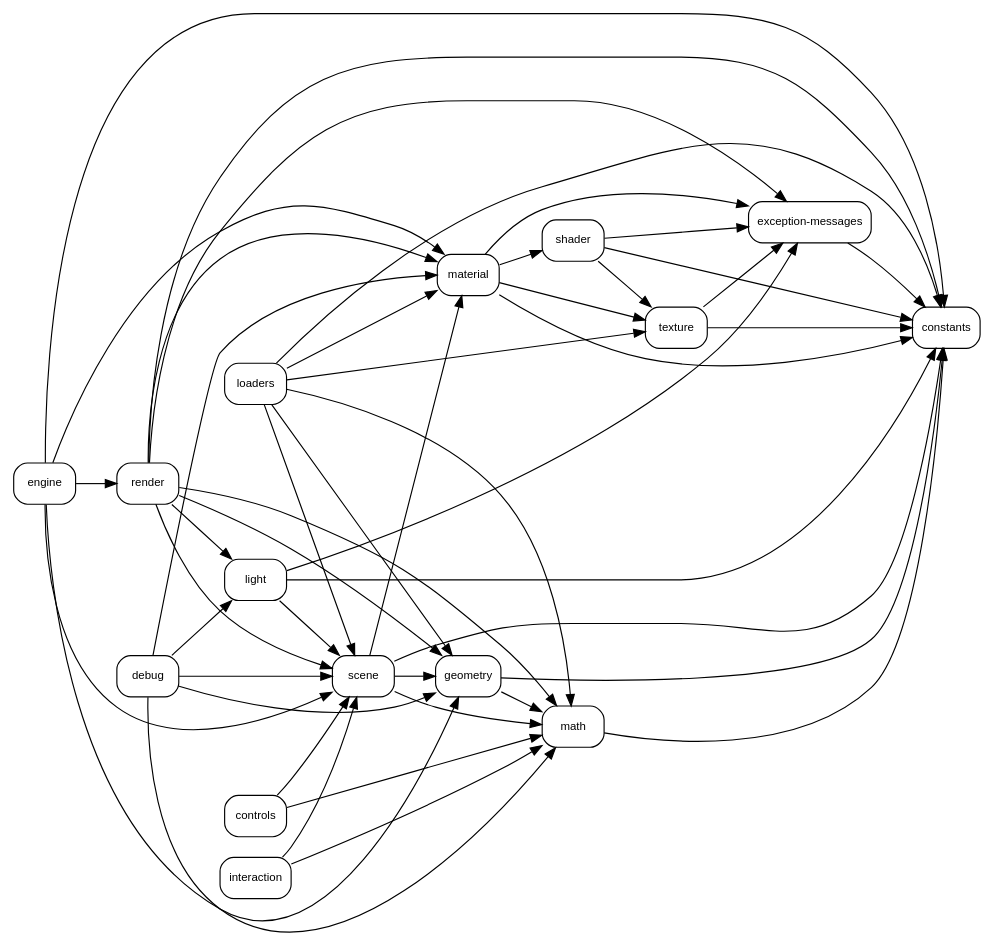
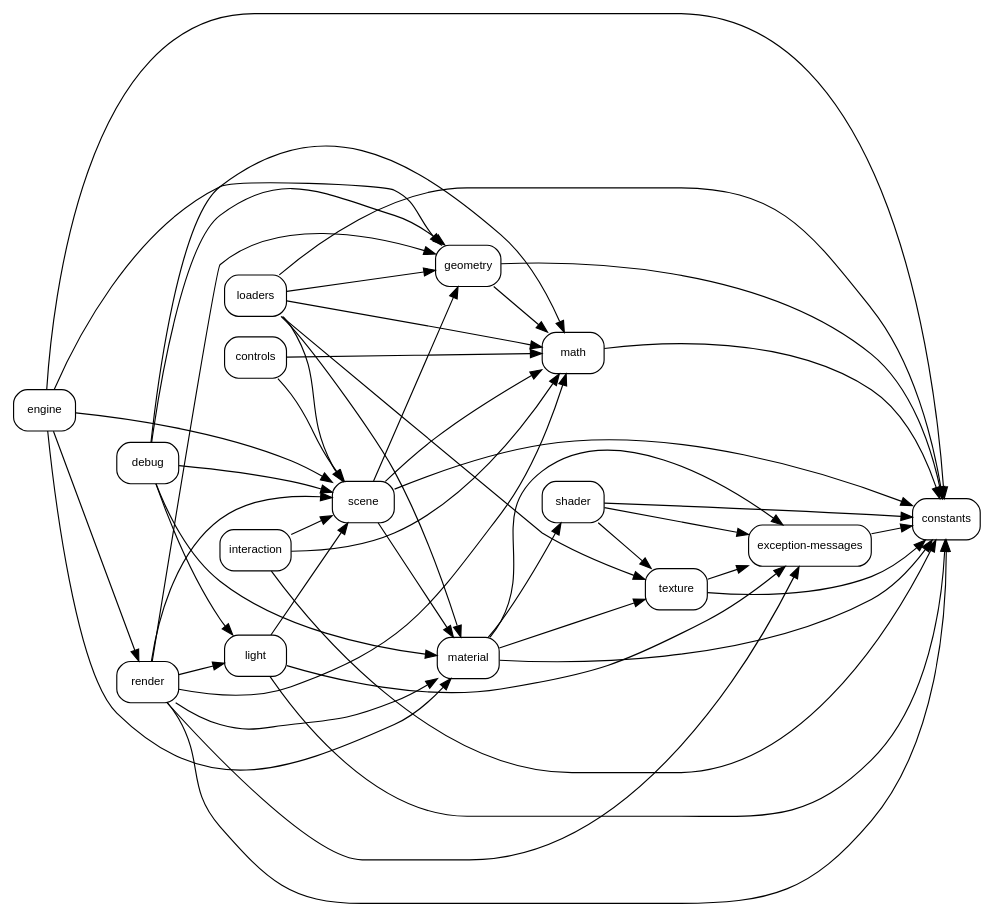
Before and after one commit to gelovolro/gerawebgl: the diagram in dist-github-pages/hld-diagrams/folder-dependency.dot, drawn with Graphviz. The commit also changed 292 other files, not shown here.

```diff
--- a/dist-github-pages/hld-diagrams/folder-dependency.dot
+++ b/dist-github-pages/hld-diagrams/folder-dependency.dot
@@ -1,70 +1,71 @@
 digraph FolderDependencies {
     rankdir="LR";
     graph [fontsize=10, fontname="Arial"];
     node [shape=box, style="rounded", fontsize=10, fontname="Arial"];
     edge [fontsize=9, fontname="Arial"];
 
     "constants";
     "controls";
     "debug";
     "engine";
     "exception-messages";
     "geometry";
     "interaction";
     "light";
     "loaders";
     "material";
     "math";
     "render";
     "scene";
     "shader";
     "texture";
 
     "controls" -> "math";
     "controls" -> "scene";
     "debug" -> "geometry";
     "debug" -> "light";
     "debug" -> "material";
     "debug" -> "math";
     "debug" -> "scene";
     "engine" -> "constants";
     "engine" -> "geometry";
     "engine" -> "material";
     "engine" -> "render";
     "engine" -> "scene";
     "exception-messages" -> "constants";
     "geometry" -> "constants";
     "geometry" -> "math";
+    "interaction" -> "constants";
     "interaction" -> "math";
     "interaction" -> "scene";
     "light" -> "constants";
     "light" -> "exception-messages";
     "light" -> "scene";
     "loaders" -> "constants";
     "loaders" -> "geometry";
     "loaders" -> "material";
     "loaders" -> "math";
     "loaders" -> "scene";
     "loaders" -> "texture";
     "material" -> "constants";
     "material" -> "exception-messages";
     "material" -> "shader";
     "material" -> "texture";
     "math" -> "constants";
     "render" -> "constants";
     "render" -> "exception-messages";
     "render" -> "geometry";
     "render" -> "light";
     "render" -> "material";
     "render" -> "math";
     "render" -> "scene";
     "scene" -> "constants";
     "scene" -> "geometry";
     "scene" -> "material";
     "scene" -> "math";
     "shader" -> "constants";
     "shader" -> "exception-messages";
     "shader" -> "texture";
     "texture" -> "constants";
     "texture" -> "exception-messages";
 }
```
